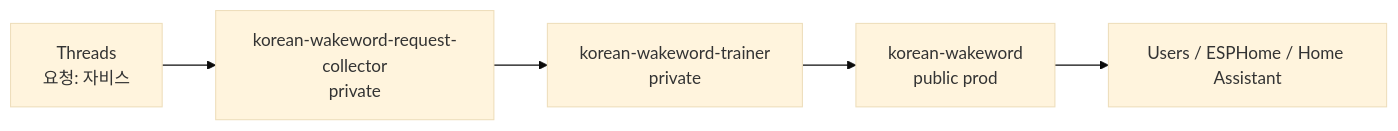
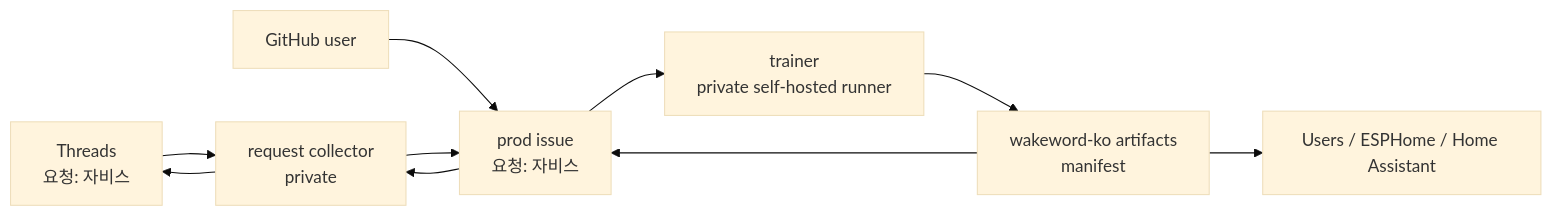
Before and after one commit to UnripePlum/korean-wakeword: the first of 2 diagrams in docs/ARCHITECTURE.md, drawn with Mermaid (base theme). The commit also changed other lines of this file and 3 other files, not shown here.

Commit message:
Define prod issue queue architecture

````diff
--- a/docs/ARCHITECTURE.md
+++ b/docs/ARCHITECTURE.md
@@ -11,7 +11,12 @@
 ```mermaid
 flowchart LR
-    A["Threads<br/>요청: 자비스"] --> B["korean-wakeword-request-collector<br/>private"]
-    B --> C["korean-wakeword-trainer<br/>private"]
-    C --> D["korean-wakeword<br/>public prod"]
-    D --> E["Users / ESPHome / Home Assistant"]
+    A["Threads<br/>요청: 자비스"] --> B["request collector<br/>private"]
+    X["GitHub user"] --> C["prod issue<br/>요청: 자비스"]
+    B --> C
+    C --> D["trainer<br/>private self-hosted runner"]
+    D --> E["wakeword-ko artifacts<br/>manifest"]
+    E --> C
+    C --> B
+    B --> A
+    E --> F["Users / ESPHome / Home Assistant"]
 ```
````
